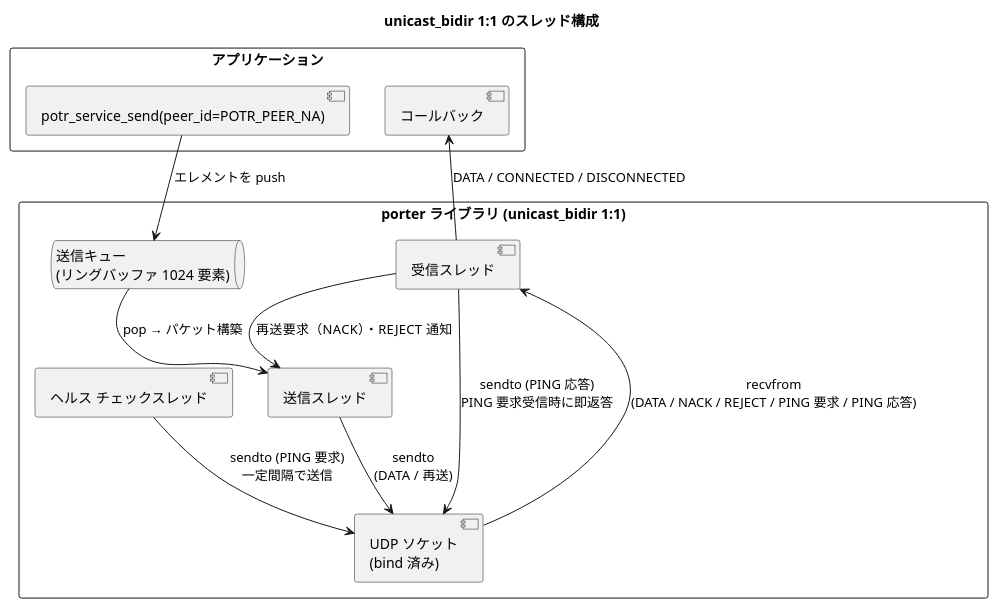
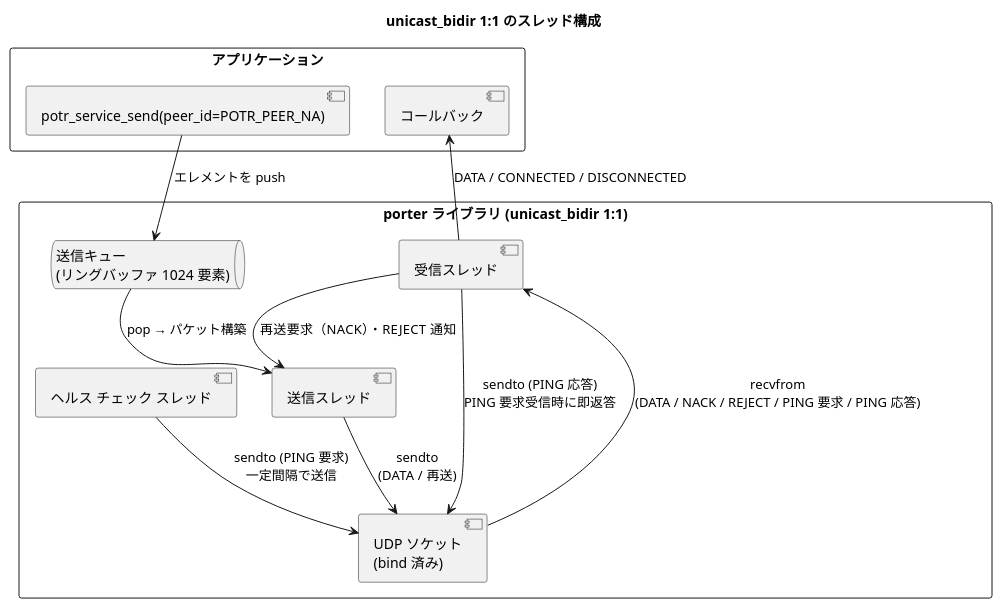
One commit to Hondarer/app_porter changed the second of 6 diagrams in docs/architecture.md. Above: the diagram before and after it, drawn with PlantUML. The commit also changed other lines of this file and 29 other files, not shown here.

First line of the commit message:
style: ヘルスチェックを「ヘルス チェック」へそろえ、コメントを text_style_jp で整える

````diff
--- a/docs/architecture.md
+++ b/docs/architecture.md
@@ -108,27 +108,27 @@
 ```plantuml
 @startuml unicast_bidir 1to1 スレッド構成
 title unicast_bidir 1:1 のスレッド構成
 
 rectangle "アプリケーション" {
   [potr_service_send(peer_id=POTR_PEER_NA)]
   [コールバック]
 }
 
 rectangle "porter ライブラリ (unicast_bidir 1:1)" {
   queue "送信キュー\n(リングバッファ 1024 要素)" as Q
   [送信スレッド] as ST
   [受信スレッド] as RT
-  [ヘルス チェックスレッド] as HT
+  [ヘルス チェック スレッド] as HT
   [UDP ソケット\n(bind 済み)] as SOCK
 }
 
 [potr_service_send(peer_id=POTR_PEER_NA)] --> Q : エレメントを push
 Q --> ST : pop → パケット構築
 ST --> SOCK : sendto\n(DATA / 再送)
 HT --> SOCK : sendto (PING 要求)\n一定間隔で送信
 RT <-- SOCK : recvfrom\n(DATA / NACK / REJECT / PING 要求 / PING 応答)
 RT --> ST : 再送要求（NACK）・REJECT 通知
 RT --> SOCK : sendto (PING 応答)\nPING 要求受信時に即返答
 RT --> [コールバック] : DATA / CONNECTED / DISCONNECTED
 @enduml
 ```
````
